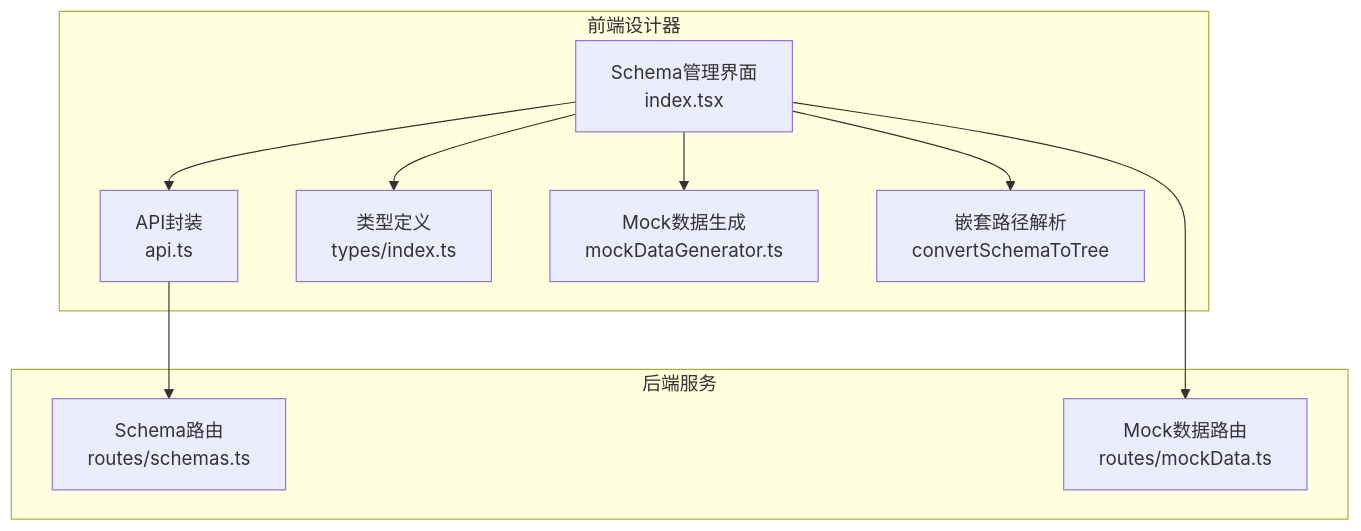
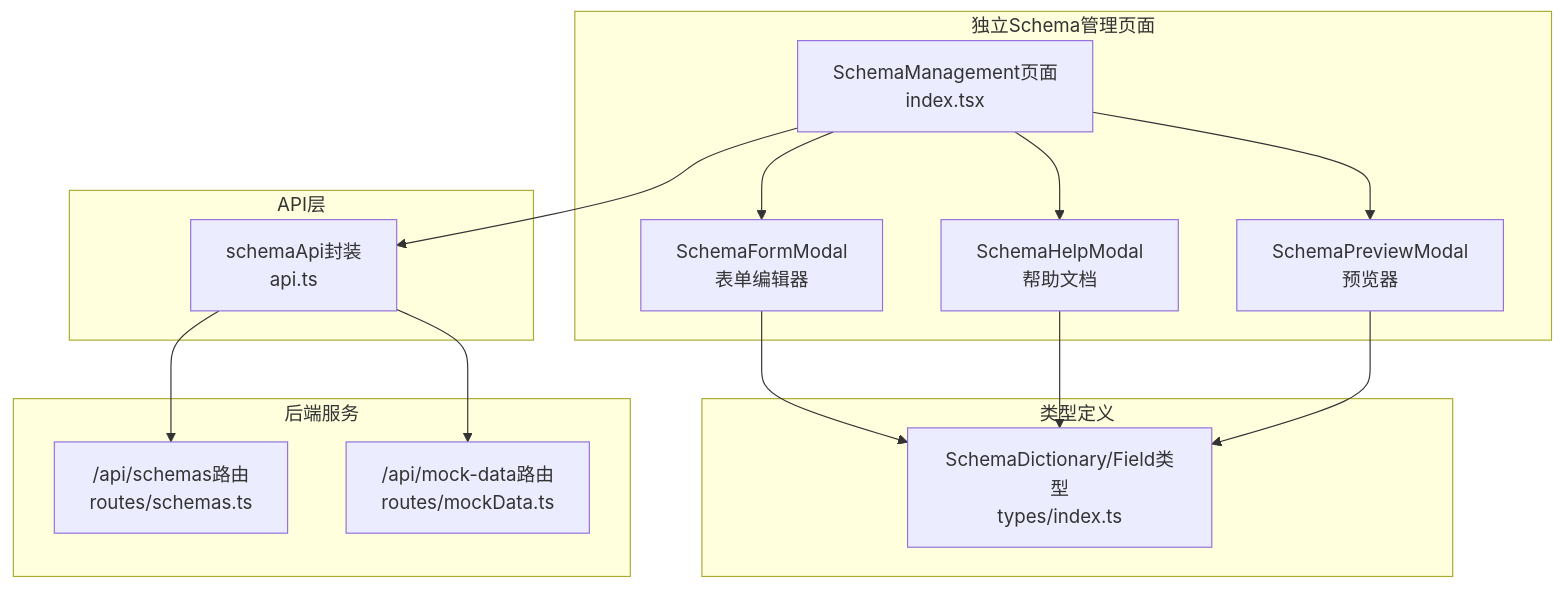
Before and after one commit to joker-yjc/printer: the first of 9 diagrams in .qoder/repowiki/zh/content/设计器前端应用/数据绑定系统/Schema管理.md, drawn with Mermaid. The commit also changed other lines of this file and 44 other files, not shown here.

````diff
--- a/.qoder/repowiki/zh/content/设计器前端应用/数据绑定系统/Schema管理.md
+++ b/.qoder/repowiki/zh/content/设计器前端应用/数据绑定系统/Schema管理.md
@@ -46,20 +51,28 @@
 ```mermaid
 graph TB
-subgraph "前端设计器"
-UI_Schema["Schema管理界面<br/>index.tsx"]
-UI_API["API封装<br/>api.ts"]
-Types["类型定义<br/>types/index.ts"]
-Utils_Mock["Mock数据生成<br/>mockDataGenerator.ts"]
-Schema_Tree["嵌套路径解析<br/>convertSchemaToTree"]
+subgraph "独立Schema管理页面"
+SchemaPage["SchemaManagement页面<br/>index.tsx"]
+SchemaForm["SchemaFormModal<br/>表单编辑器"]
+SchemaHelp["SchemaHelpModal<br/>帮助文档"]
+SchemaPreview["SchemaPreviewModal<br/>预览器"]
+end
+subgraph "API层"
+SchemaAPI["schemaApi封装<br/>api.ts"]
+end
+subgraph "类型定义"
+Types["SchemaDictionary/Field类型<br/>types/index.ts"]
 end
 subgraph "后端服务"
-Schemas_Router["Schema路由<br/>routes/schemas.ts"]
-MockData_Router["Mock数据路由<br/>routes/mockData.ts"]
+SchemasRouter["/api/schemas路由<br/>routes/schemas.ts"]
+MockDataRouter["/api/mock-data路由<br/>routes/mockData.ts"]
 end
-UI_Schema --> UI_API
-UI_API --> Schemas_Router
-UI_Schema --> Types
-UI_Schema --> Utils_Mock
-UI_Schema --> Schema_Tree
-UI_Schema --> MockData_Router
+SchemaPage --> SchemaForm
+SchemaPage --> SchemaHelp
+SchemaPage --> SchemaPreview
+SchemaPage --> SchemaAPI
+SchemaForm --> Types
+SchemaHelp --> Types
+SchemaPreview --> Types
+SchemaAPI --> SchemasRouter
+SchemaAPI --> MockDataRouter
 ```
````
